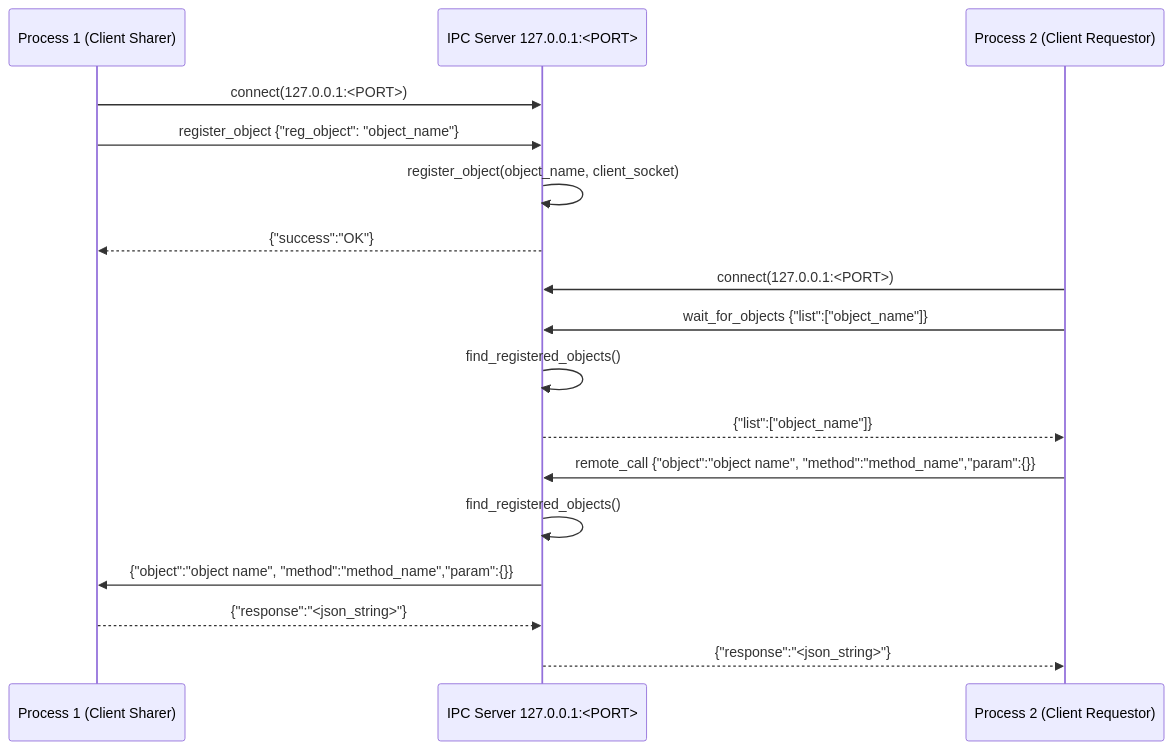
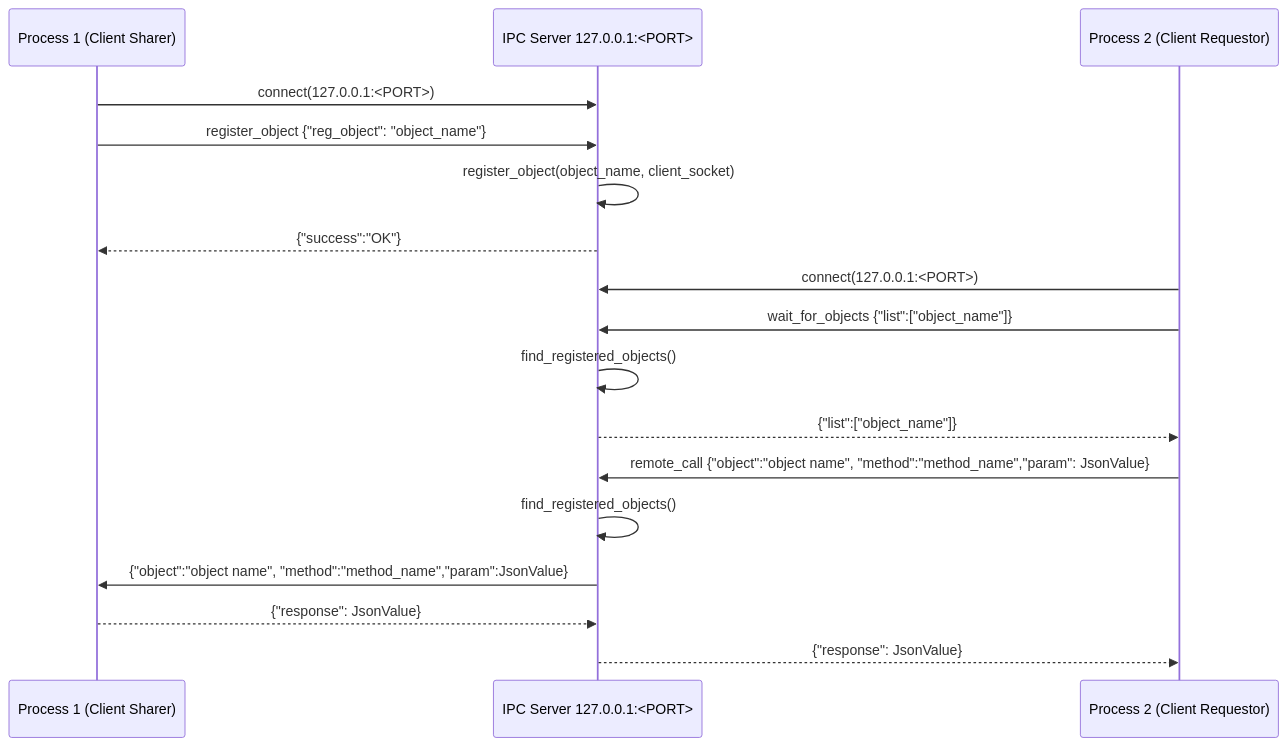
Before and after one commit to LorenzoLeonardo/ipc-server: the first of 2 diagrams in README.md, drawn with Mermaid. The commit also changed other lines of this file, not shown here.

````diff
--- a/README.md
+++ b/README.md
@@ -9,22 +9,22 @@
 ```mermaid
 sequenceDiagram
     participant proc1 as Process 1 (Client Sharer)
     participant server as IPC Server 127.0.0.1:<PORT>
     participant proc2 as Process 2 (Client Requestor)
 
     proc1->>server: connect(127.0.0.1:<PORT>)
     proc1->>server: register_object {"reg_object": "object_name"}
     server->>server: register_object(object_name, client_socket)
     server-->>proc1: {"success":"OK"}
 
     proc2->>server: connect(127.0.0.1:<PORT>)
     proc2->>server: wait_for_objects {"list":["object_name"]}
     server->>server: find_registered_objects()
     server-->>proc2: {"list":["object_name"]}
 
-    proc2->>server: remote_call {"object":"object name", "method":"method_name","param":{}}
+    proc2->>server: remote_call {"object":"object name", "method":"method_name","param": JsonValue}
     server->>server: find_registered_objects()
-    server->>proc1: {"object":"object name", "method":"method_name","param":{}}
-    proc1-->>server: {"response":"<json_string>"}
-    server-->>proc2: {"response":"<json_string>"}
+    server->>proc1: {"object":"object name", "method":"method_name","param":JsonValue}
+    proc1-->>server: {"response": JsonValue}
+    server-->>proc2: {"response": JsonValue}
 ```
````
